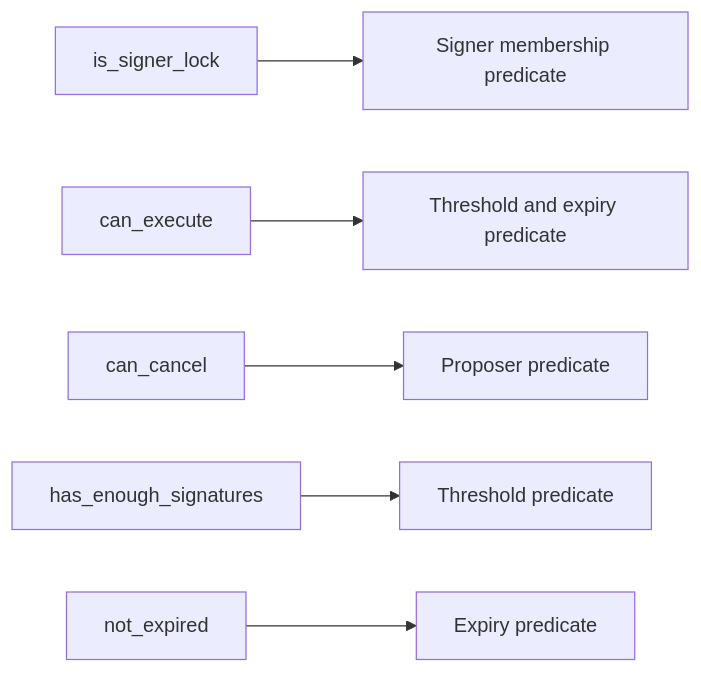
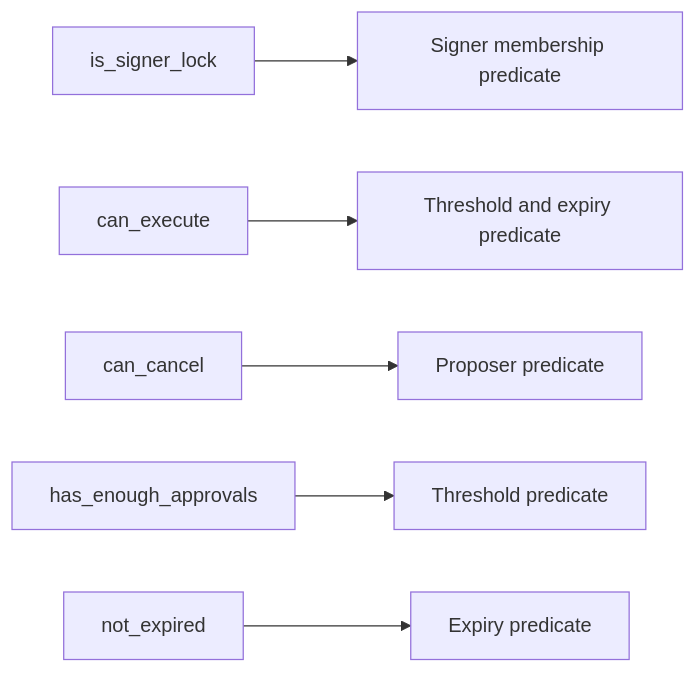
Before and after one commit to CellScript-Labs/CellScript: the fifth of 12 diagrams in docs/CELLSCRIPT_EXAMPLE_BUSINESS_FLOWS.md, drawn with Mermaid. The commit also changed other lines of this file and 61 other files, not shown here.

````diff
--- a/docs/CELLSCRIPT_EXAMPLE_BUSINESS_FLOWS.md
+++ b/docs/CELLSCRIPT_EXAMPLE_BUSINESS_FLOWS.md
@@ -199,8 +202,8 @@
 ```mermaid
 flowchart LR
     A["is_signer_lock"] --> B["Signer membership predicate"]
     C["can_execute"] --> D["Threshold and expiry predicate"]
     E["can_cancel"] --> F["Proposer predicate"]
-    G["has_enough_signatures"] --> H["Threshold predicate"]
+    G["has_enough_approvals"] --> H["Threshold predicate"]
     I["not_expired"] --> J["Expiry predicate"]
 ```
````
